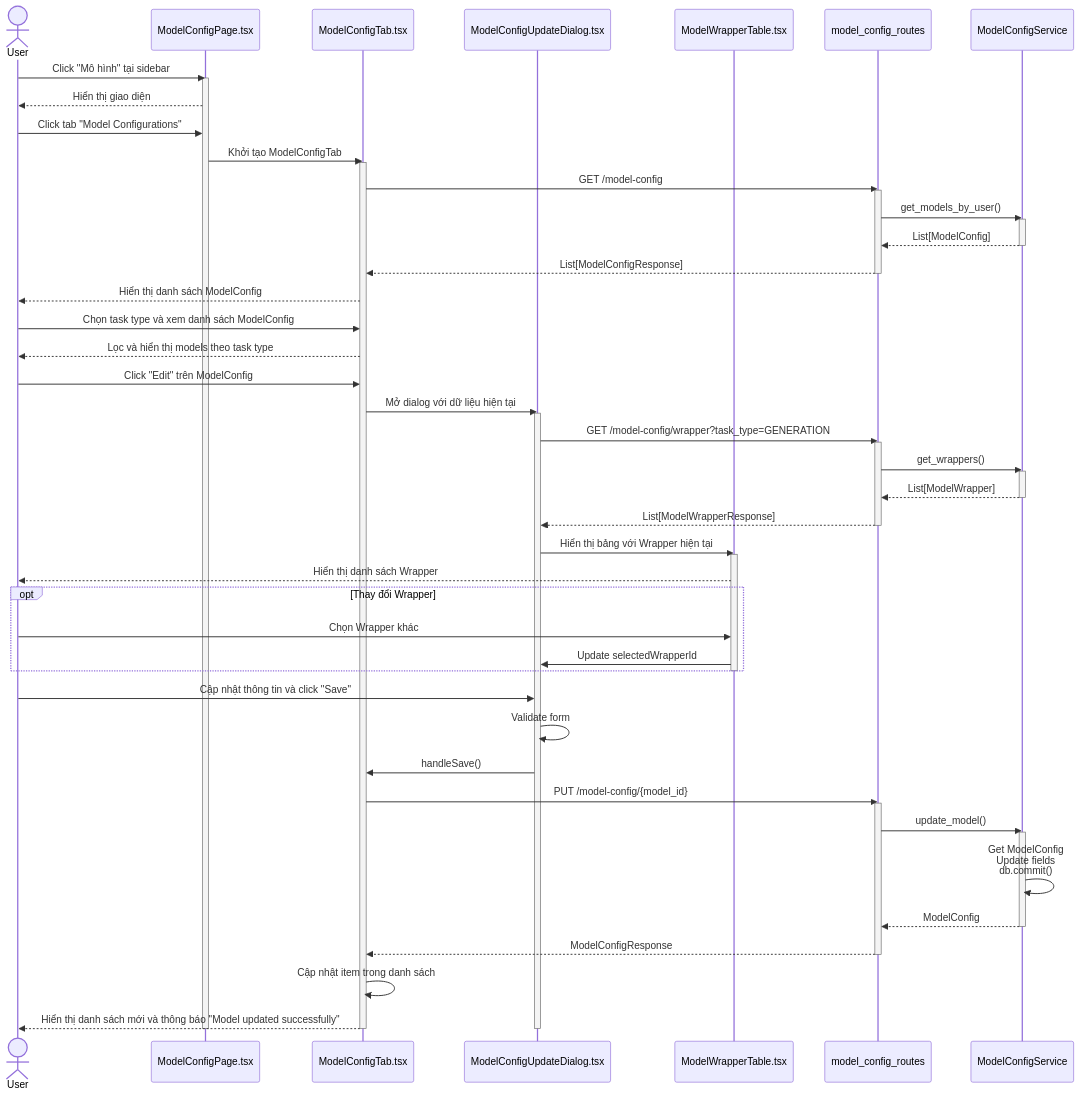
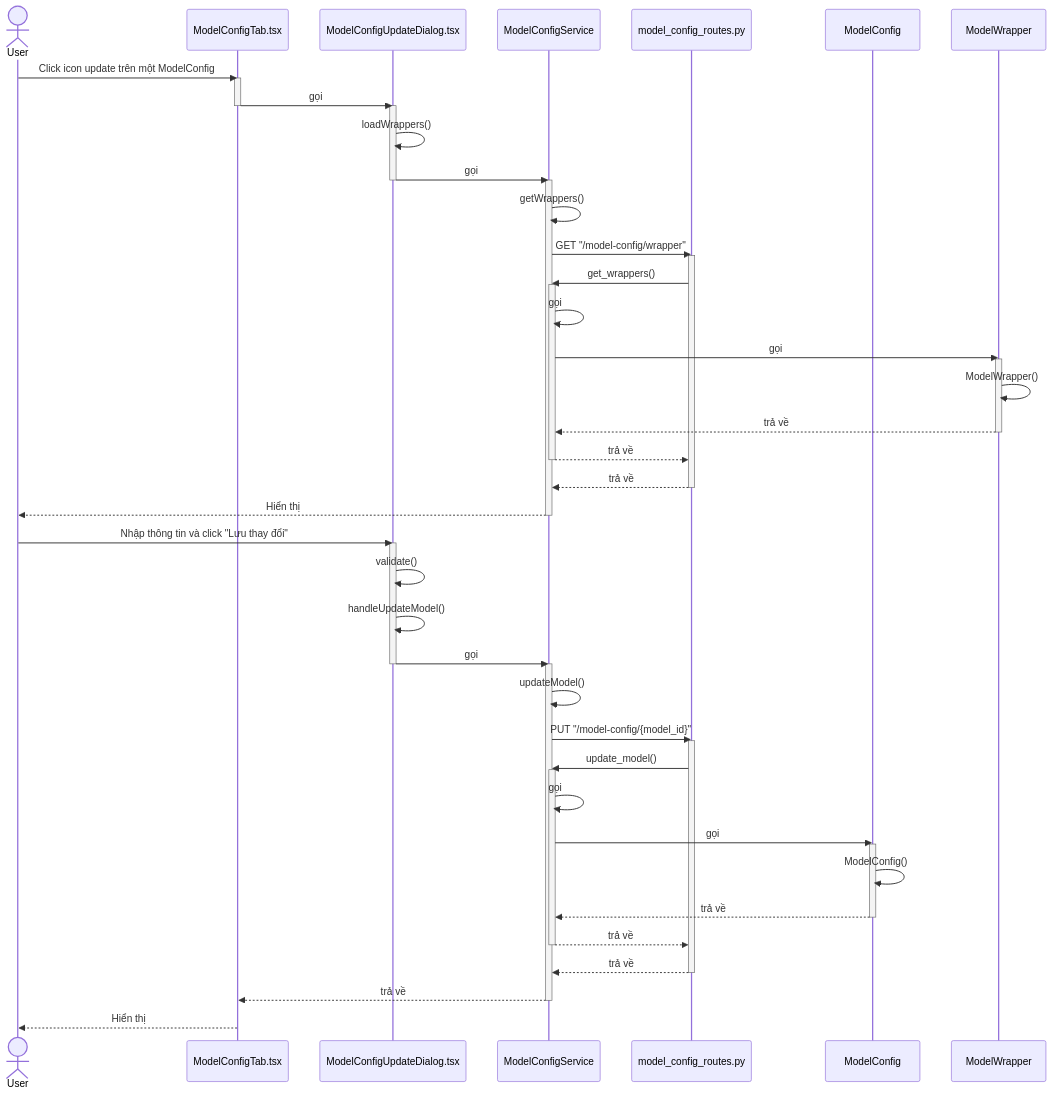
The third of 9 diagrams in model_config/4_model_config_seq.md (mduc-2610/gp_doc), drawn with Mermaid before and after one commit. The commit also changed other lines of this file and 34 other files, not shown here.

````diff
--- a/model_config/4_model_config_seq.md
+++ b/model_config/4_model_config_seq.md
@@ -124,78 +140,82 @@
 ```mermaid
 sequenceDiagram
     actor User
-    participant ModelConfigPage as ModelConfigPage.tsx
     participant ModelConfigTab as ModelConfigTab.tsx
     participant ModelConfigUpdateDialog as ModelConfigUpdateDialog.tsx
-    participant ModelWrapperTable as ModelWrapperTable.tsx
-    participant ModelConfigRoutes as model_config_routes
     participant ModelConfigService as ModelConfigService
+    participant ModelConfigRoutes as model_config_routes.py
+    participant ModelConfigService as ModelConfigService
+    participant ModelConfig as ModelConfig
+    participant ModelWrapper as ModelWrapper
 
-    User->>ModelConfigPage: Click "Mô hình" tại sidebar
-    activate ModelConfigPage
-    ModelConfigPage-->>User: Hiển thị giao diện
-    
-    User->>ModelConfigPage: Click tab "Model Configurations"
-    ModelConfigPage->>ModelConfigTab: Khởi tạo ModelConfigTab
+    User->>ModelConfigTab: Click icon update trên một ModelConfig
     activate ModelConfigTab
     
-    ModelConfigTab->>ModelConfigRoutes: GET /model-config
+    ModelConfigTab->>ModelConfigUpdateDialog: gọi
+    deactivate ModelConfigTab
+    activate ModelConfigUpdateDialog
+    
+    ModelConfigUpdateDialog->>ModelConfigUpdateDialog: loadWrappers()
+    ModelConfigUpdateDialog->>ModelConfigService: gọi
+    deactivate ModelConfigUpdateDialog
+    activate ModelConfigService
+    
+    ModelConfigService->>ModelConfigService: getWrappers()
+    ModelConfigService->>ModelConfigRoutes: GET "/model-config/wrapper"
     activate ModelConfigRoutes
-    ModelConfigRoutes->>ModelConfigService: get_models_by_user()
+    
+    ModelConfigRoutes->>ModelConfigService: get_wrappers()
     activate ModelConfigService
-    ModelConfigService-->>ModelConfigRoutes: List[ModelConfig]
+    
+    ModelConfigService->>ModelConfigService: gọi
+    ModelConfigService->>ModelWrapper: gọi
+    activate ModelWrapper
+    
+    ModelWrapper->>ModelWrapper: ModelWrapper()
+    ModelWrapper-->>ModelConfigService: trả về
+    deactivate ModelWrapper
+    
+    ModelConfigService-->>ModelConfigRoutes: trả về
     deactivate ModelConfigService
-    ModelConfigRoutes-->>ModelConfigTab: List[ModelConfigResponse]
+    
+    ModelConfigRoutes-->>ModelConfigService: trả về
     deactivate ModelConfigRoutes
     
-    ModelConfigTab-->>User: Hiển thị danh sách ModelConfig
+    ModelConfigService-->>User: Hiển thị
+    deactivate ModelConfigService
     
-    User->>ModelConfigTab: Chọn task type và xem danh sách ModelConfig
-    ModelConfigTab-->>User: Lọc và hiển thị models theo task type
-    
-    User->>ModelConfigTab: Click "Edit" trên ModelConfig
-    ModelConfigTab->>ModelConfigUpdateDialog: Mở dialog với dữ liệu hiện tại
+    User->>ModelConfigUpdateDialog: Nhập thông tin và click "Lưu thay đổi"
     activate ModelConfigUpdateDialog
     
-    ModelConfigUpdateDialog->>ModelConfigRoutes: GET /model-config/wrapper?task_type=GENERATION
+    ModelConfigUpdateDialog->>ModelConfigUpdateDialog: validate()
+    ModelConfigUpdateDialog->>ModelConfigUpdateDialog: handleUpdateModel()
+    ModelConfigUpdateDialog->>ModelConfigService: gọi
+    deactivate ModelConfigUpdateDialog
+    activate ModelConfigService
+    
+    ModelConfigService->>ModelConfigService: updateModel()
+    ModelConfigService->>ModelConfigRoutes: PUT "/model-config/{model_id}"
     activate ModelConfigRoutes
-    ModelConfigRoutes->>ModelConfigService: get_wrappers()
-    activate ModelConfigService
-    ModelConfigService-->>ModelConfigRoutes: List[ModelWrapper]
-    deactivate ModelConfigService
-    ModelConfigRoutes-->>ModelConfigUpdateDialog: List[ModelWrapperResponse]
-    deactivate ModelConfigRoutes
     
-    ModelConfigUpdateDialog->>ModelWrapperTable: Hiển thị bảng với Wrapper hiện tại
-    activate ModelWrapperTable
-    ModelWrapperTable-->>User: Hiển thị danh sách Wrapper
-    
-    opt Thay đổi Wrapper
-        User->>ModelWrapperTable: Chọn Wrapper khác
-        ModelWrapperTable->>ModelConfigUpdateDialog: Update selectedWrapperId
-    end
-    deactivate ModelWrapperTable
-    
-    User->>ModelConfigUpdateDialog: Cập nhật thông tin và click "Save"
-    ModelConfigUpdateDialog->>ModelConfigUpdateDialog: Validate form
-    ModelConfigUpdateDialog->>ModelConfigTab: handleSave()
-    
-    ModelConfigTab->>ModelConfigRoutes: PUT /model-config/{model_id}
-    activate ModelConfigRoutes
     ModelConfigRoutes->>ModelConfigService: update_model()
     activate ModelConfigService
     
-    ModelConfigService->>ModelConfigService: Get ModelConfig<br/>Update fields<br/>db.commit()
+    ModelConfigService->>ModelConfigService: gọi
+    ModelConfigService->>ModelConfig: gọi
+    activate ModelConfig
     
-    ModelConfigService-->>ModelConfigRoutes: ModelConfig
+    ModelConfig->>ModelConfig: ModelConfig()
+    ModelConfig-->>ModelConfigService: trả về
+    deactivate ModelConfig
+    
+    ModelConfigService-->>ModelConfigRoutes: trả về
     deactivate ModelConfigService
-    ModelConfigRoutes-->>ModelConfigTab: ModelConfigResponse
+    
+    ModelConfigRoutes-->>ModelConfigService: trả về
     deactivate ModelConfigRoutes
     
-    ModelConfigTab->>ModelConfigTab: Cập nhật item trong danh sách
-    ModelConfigTab-->>User: Hiển thị danh sách mới và thông báo "Model updated successfully"
+    ModelConfigService-->>ModelConfigTab: trả về
+    deactivate ModelConfigService
     
-    deactivate ModelConfigUpdateDialog
-    deactivate ModelConfigTab
-    deactivate ModelConfigPage
+    ModelConfigTab-->>User: Hiển thị
 ```
````
